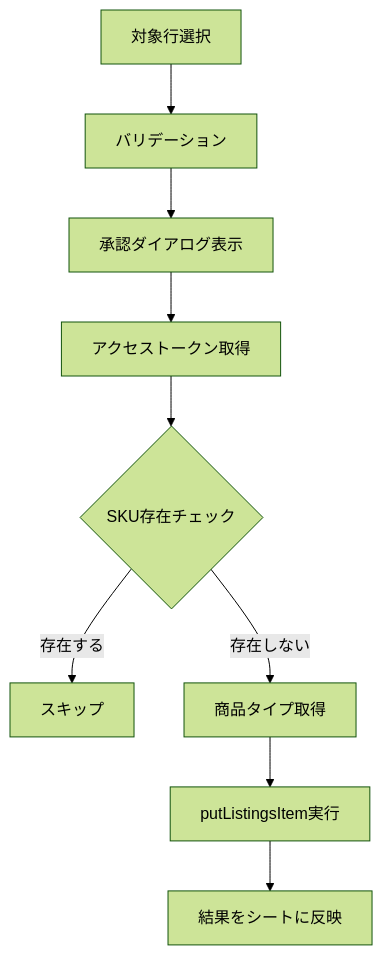
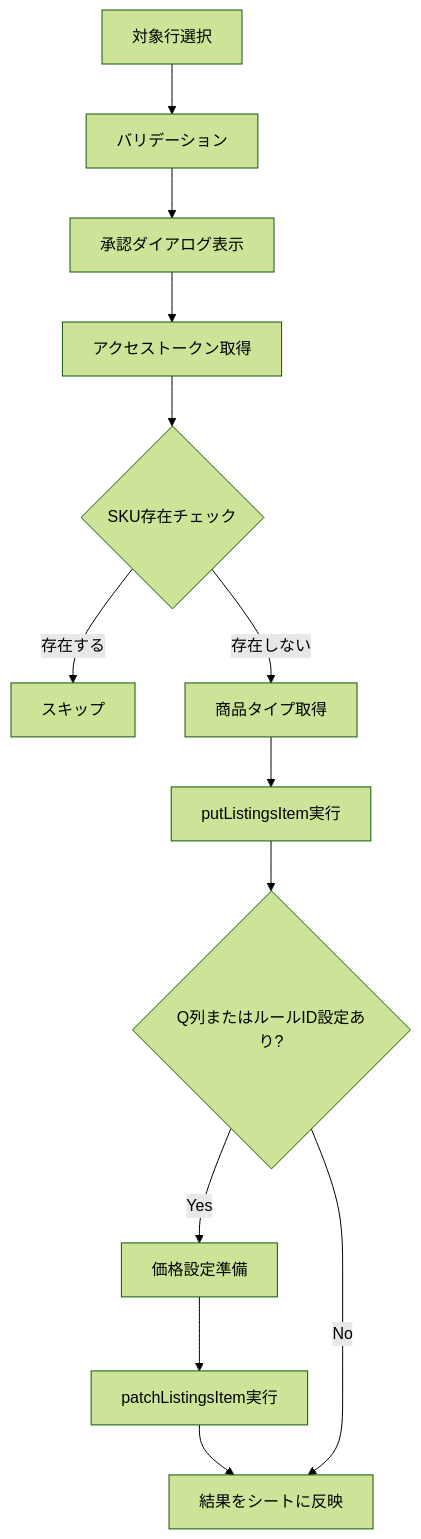
One commit to takuya040321/spreadsheet-amazon-management changed the diagram in docs/spapi/listings-api.md. Above: the diagram before and after it, drawn with Mermaid (forest theme). The commit also changed other lines of this file and 10 other files, not shown here.

````diff
--- a/docs/spapi/listings-api.md
+++ b/docs/spapi/listings-api.md
@@ -186,11 +233,15 @@
 ```mermaid
 flowchart TD
     A[対象行選択] --> B[バリデーション]
     B --> C[承認ダイアログ表示]
     C --> D[アクセストークン取得]
     D --> E{SKU存在チェック}
     E -->|存在する| F[スキップ]
     E -->|存在しない| G[商品タイプ取得]
     G --> H[putListingsItem実行]
-    H --> I[結果をシートに反映]
+    H --> I{Q列またはルールID設定あり?}
+    I -->|Yes| J[価格設定準備]
+    J --> K[patchListingsItem実行]
+    K --> L[結果をシートに反映]
+    I -->|No| L
 ```
````
